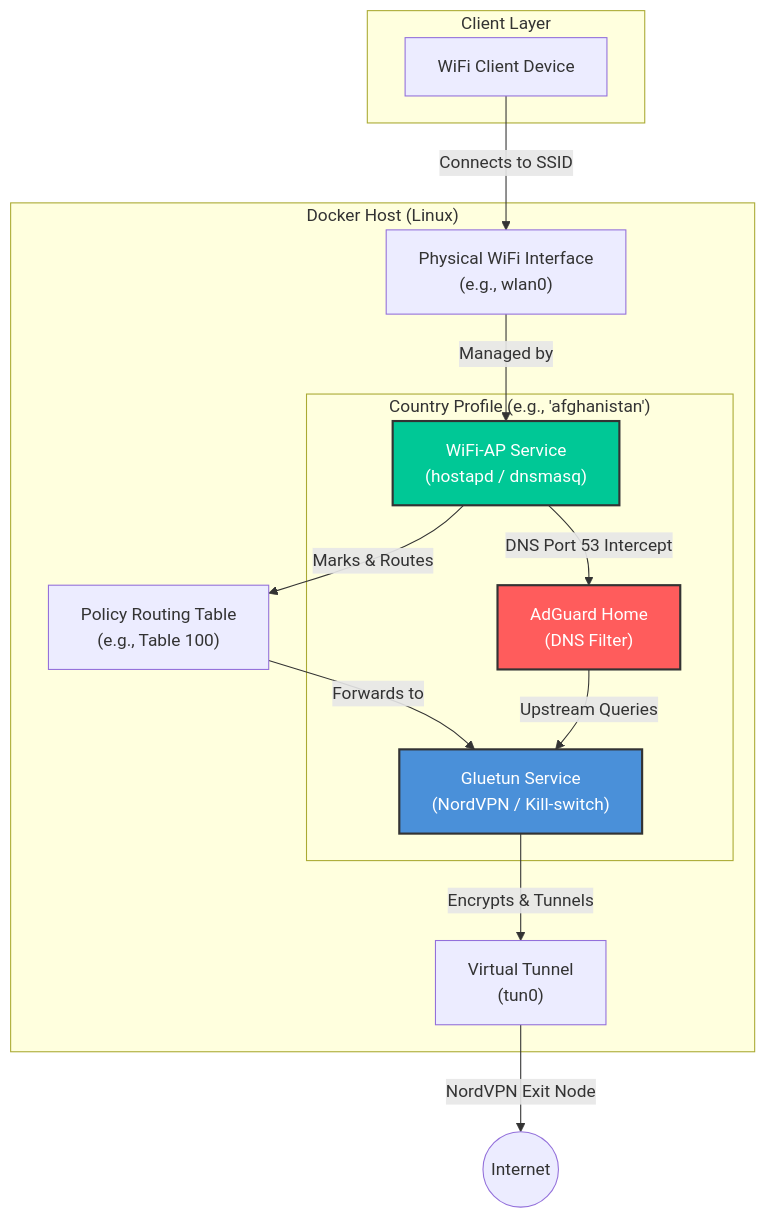
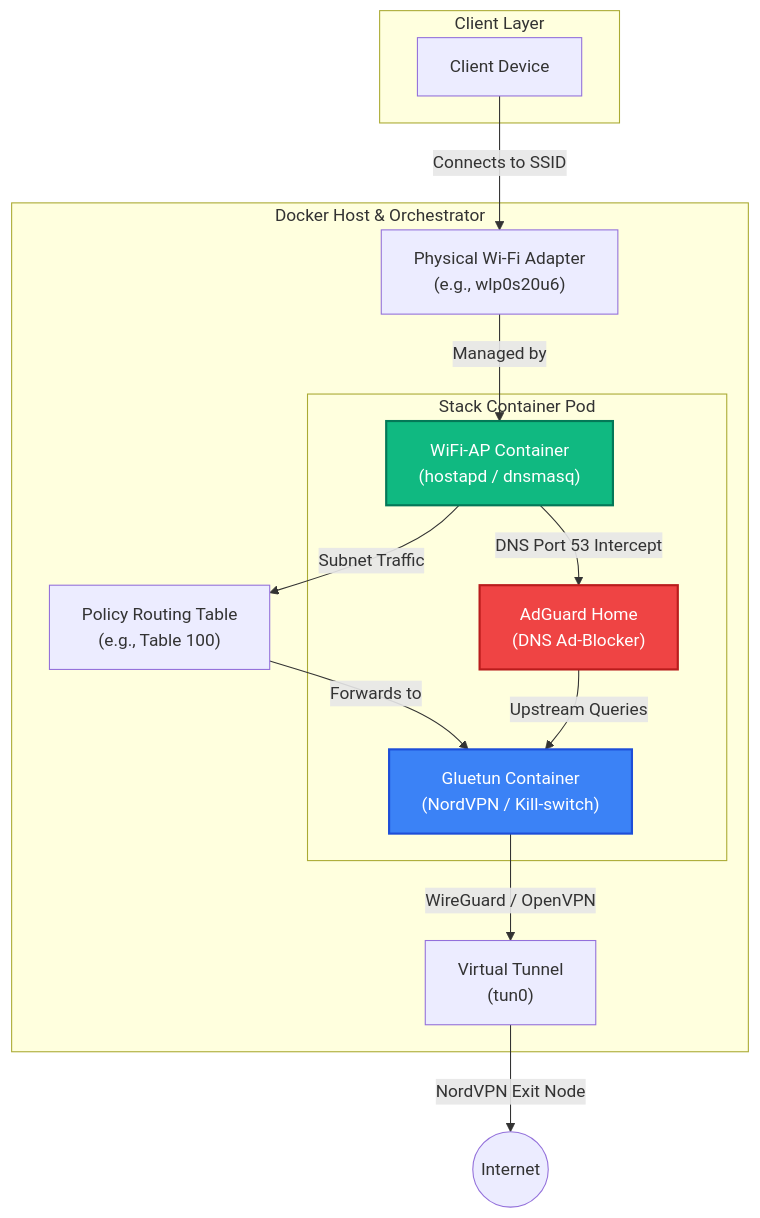
Before and after one commit to virajt71/nordvpn_ap: the first of 2 diagrams in README.md, drawn with Mermaid. The commit also changed other lines of this file and 30 other files, not shown here.

Commit message:
feat: repeater mode, AdGuard DNS auto-detect, self-healing entrypoint, UI improvements, and docs

````diff
--- a/README.md
+++ b/README.md
@@ -31,28 +50,31 @@
 ```mermaid
 graph TD
-    subgraph "Client Layer"
-        C[WiFi Client Device]
+    subgraph Client Layer
+        C[Client Device]
     end
-    subgraph "Docker Host (Linux)"
-        subgraph "Country Profile (e.g., 'afghanistan')"
-            AP["WiFi-AP Service<br/>(hostapd / dnsmasq)"]
-            AGH["AdGuard Home<br/>(DNS Filter)"]
-            GT["Gluetun Service<br/>(NordVPN / Kill-switch)"]
+
+    subgraph Docker Host & Orchestrator
+        subgraph Stack Container Pod
+            AP["WiFi-AP Container<br/>(hostapd / dnsmasq)"]
+            AGH["AdGuard Home<br/>(DNS Ad-Blocker)"]
+            GT["Gluetun Container<br/>(NordVPN / Kill-switch)"]
         end
-        
-        WIFI["Physical WiFi Interface<br/>(e.g., wlan0)"]
+
+        WIFI["Physical Wi-Fi Adapter<br/>(e.g., wlp0s20u6)"]
         RT["Policy Routing Table<br/>(e.g., Table 100)"]
         TUN["Virtual Tunnel<br/>(tun0)"]
     end
+
     C -- Connects to SSID --> WIFI
     WIFI -- Managed by --> AP
     AP -- "DNS Port 53 Intercept" --> AGH
-    AP -- "Marks & Routes" --> RT
+    AP -- "Subnet Traffic" --> RT
     RT -- "Forwards to" --> GT
     AGH -- "Upstream Queries" --> GT
-    GT -- "Encrypts & Tunnels" --> TUN
+    GT -- "WireGuard / OpenVPN" --> TUN
     TUN -- "NordVPN Exit Node" --> Internet((Internet))
-    style GT fill:#4a90d9,stroke:#333,stroke-width:2px,color:#fff
-    style AP fill:#00c896,stroke:#333,stroke-width:2px,color:#fff
-    style AGH fill:#ff5c5c,stroke:#333,stroke-width:2px,color:#fff
+
+    style GT fill:#3b82f6,stroke:#1d4ed8,stroke-width:2px,color:#fff
+    style AP fill:#10b981,stroke:#047857,stroke-width:2px,color:#fff
+    style AGH fill:#ef4444,stroke:#b91c1c,stroke-width:2px,color:#fff
 ```
````
